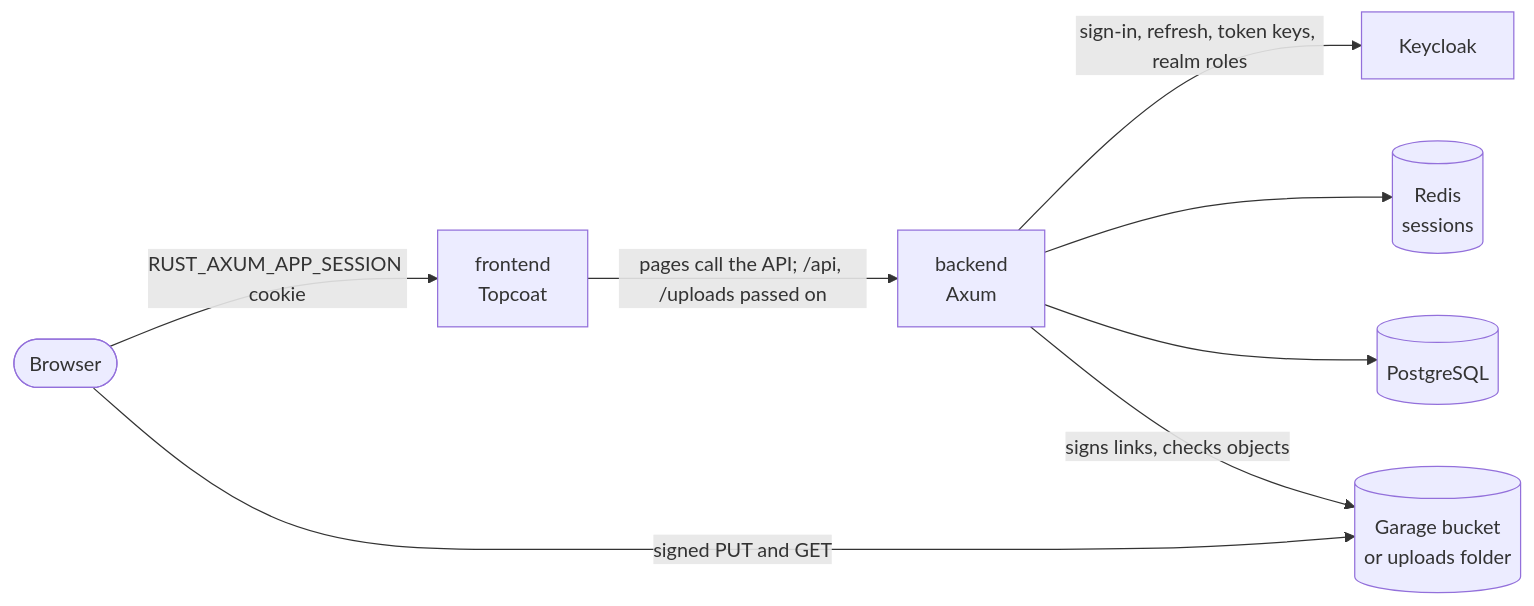
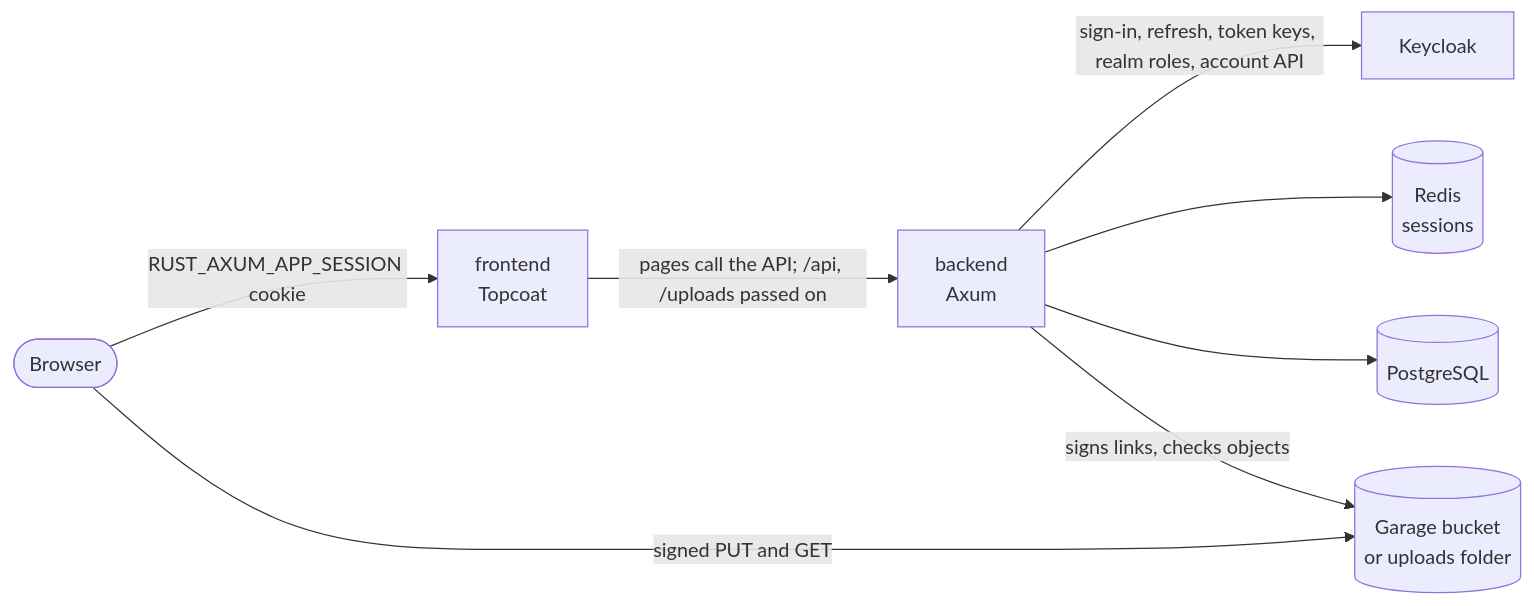
Before and after one commit to vertyll/rust-axum-app: the diagram in docs/architecture.md, drawn with Mermaid. The commit also changed other lines of this file and 47 other files, not shown here.

````diff
--- a/docs/architecture.md
+++ b/docs/architecture.md
@@ -5,18 +5,18 @@
 ```mermaid
 flowchart LR
     browser([Browser])
     front["frontend<br/>Topcoat"]
     back["backend<br/>Axum"]
     kc[Keycloak]
     redis[("Redis<br/>sessions")]
     pg[(PostgreSQL)]
     files[("Garage bucket<br/>or uploads folder")]
 
     browser -- "RUST_AXUM_APP_SESSION cookie" --> front
     front -- "pages call the API; /api, /uploads passed on" --> back
-    back -- "sign-in, refresh, token keys, realm roles" --> kc
+    back -- "sign-in, refresh, token keys, realm roles, account API" --> kc
     back --> redis
     back --> pg
     back -- "signs links, checks objects" --> files
     browser -- "signed PUT and GET" --> files
 ```
````
